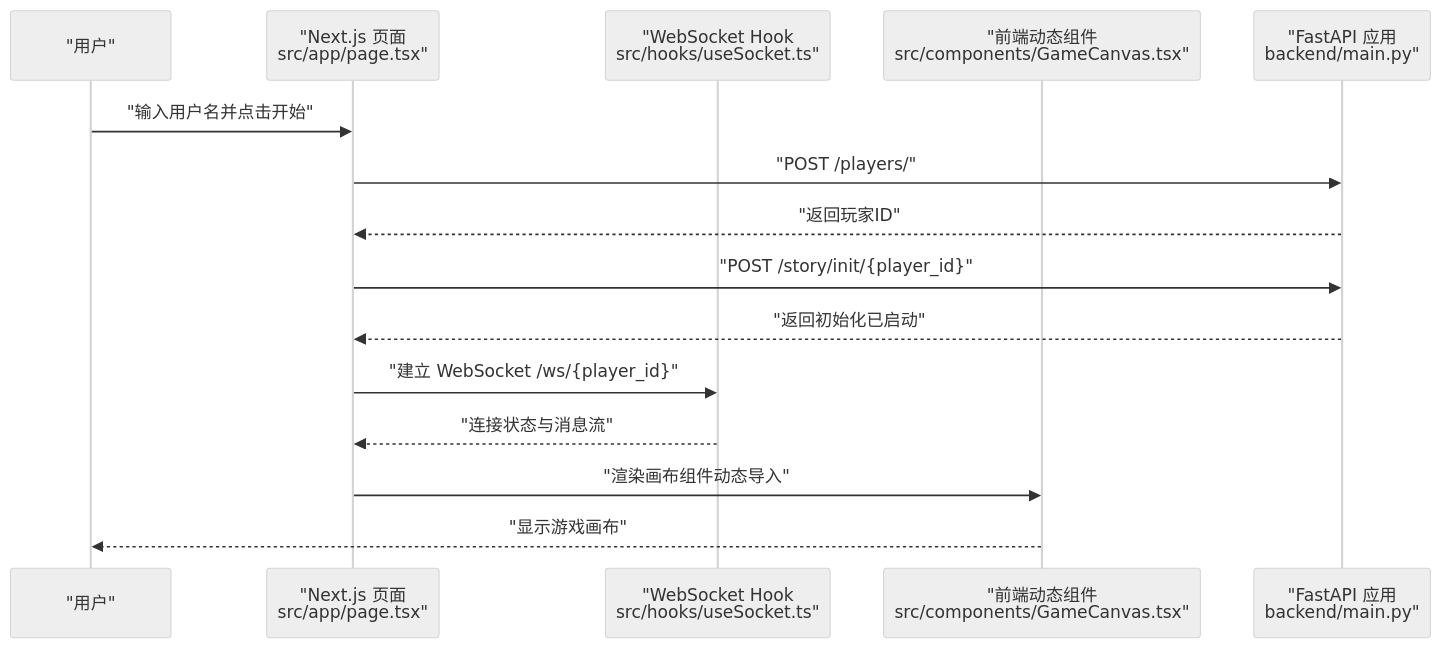
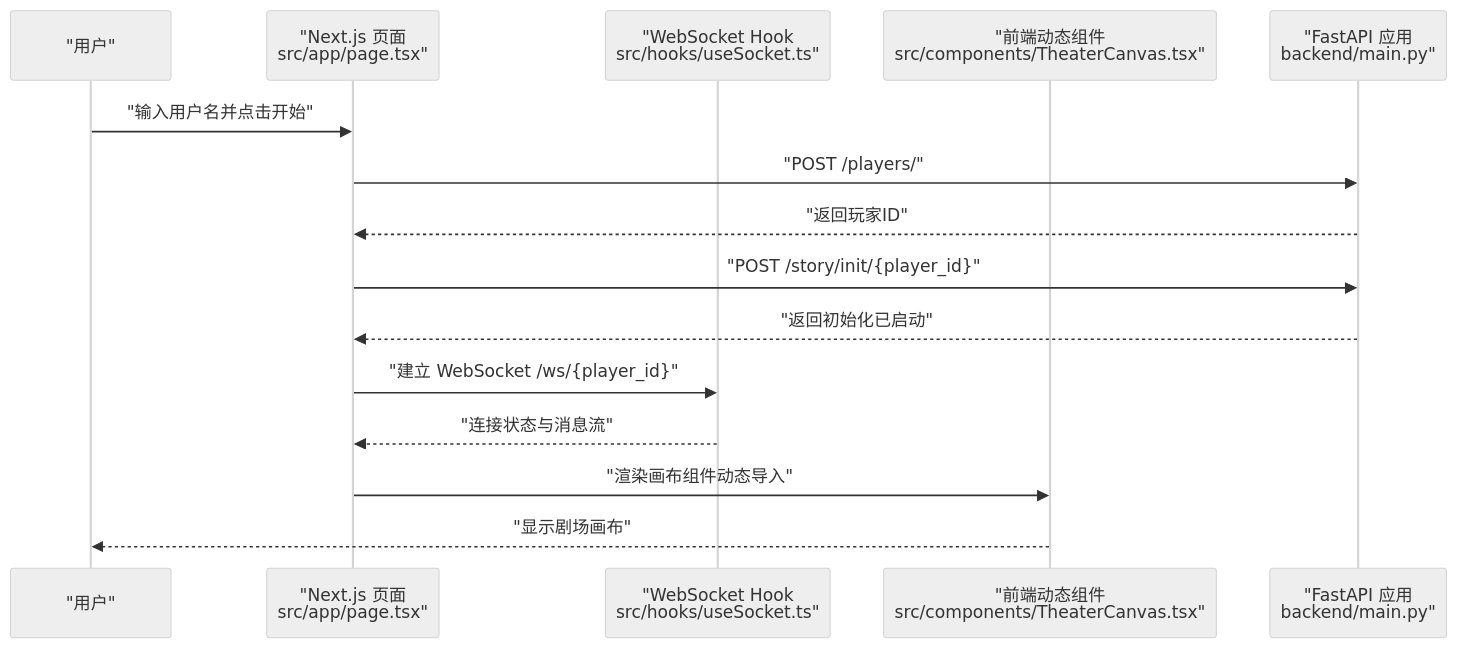
Before and after one commit to KunLabAI/KunFlix: the second of 6 diagrams in .qoder/repowiki/zh/content/前端开发指南/Next.js 应用架构.md, drawn with Mermaid (neutral theme). The commit also changed other lines of this file and 112 other files, not shown here.

````diff
--- a/.qoder/repowiki/zh/content/前端开发指南/Next.js 应用架构.md
+++ b/.qoder/repowiki/zh/content/前端开发指南/Next.js 应用架构.md
@@ -107,17 +107,17 @@
 ```mermaid
 sequenceDiagram
 participant U as "用户"
 participant P as "Next.js 页面<br/>src/app/page.tsx"
 participant S as "WebSocket Hook<br/>src/hooks/useSocket.ts"
-participant F as "前端动态组件<br/>src/components/GameCanvas.tsx"
+participant F as "前端动态组件<br/>src/components/TheaterCanvas.tsx"
 participant B as "FastAPI 应用<br/>backend/main.py"
 U->>P : "输入用户名并点击开始"
 P->>B : "POST /players/"
 B-->>P : "返回玩家ID"
 P->>B : "POST /story/init/{player_id}"
 B-->>P : "返回初始化已启动"
 P->>S : "建立 WebSocket /ws/{player_id}"
 S-->>P : "连接状态与消息流"
 P->>F : "渲染画布组件动态导入"
-F-->>U : "显示游戏画布"
+F-->>U : "显示剧场画布"
 ```
````
